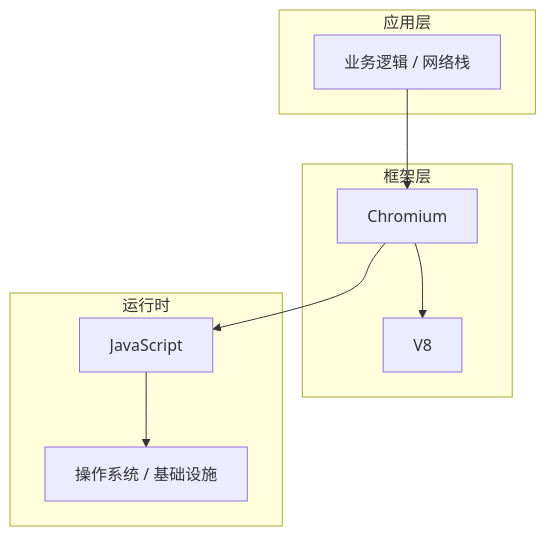
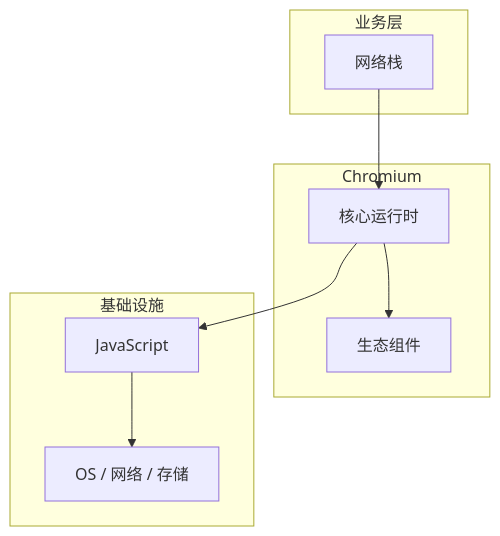
One commit to yanggan2015/knowledge-json-v2 changed the diagram in articles/浏览器原理/chapters/061-网络栈核心概念与原理.md. Above: the diagram before and after it, drawn with Mermaid. The commit also changed other lines of this file and 10127 other files, not shown here.

````diff
--- a/articles/浏览器原理/chapters/061-网络栈核心概念与原理.md
+++ b/articles/浏览器原理/chapters/061-网络栈核心概念与原理.md
@@ -45,18 +34,18 @@
 ```mermaid
 graph TB
-    subgraph 应用层
-        A[业务逻辑 / 网络栈]
+    subgraph 业务层
+        A[网络栈]
     end
-    subgraph 框架层
-        B[Chromium]
-        C[V8]
+    subgraph Chromium
+        B[核心运行时]
+        C[生态组件]
     end
-    subgraph 运行时
+    subgraph 基础设施
         D[JavaScript]
-        E[操作系统 / 基础设施]
+        E[OS / 网络 / 存储]
     end
     A --> B
     B --> C
     B --> D
     D --> E
 ```
````
